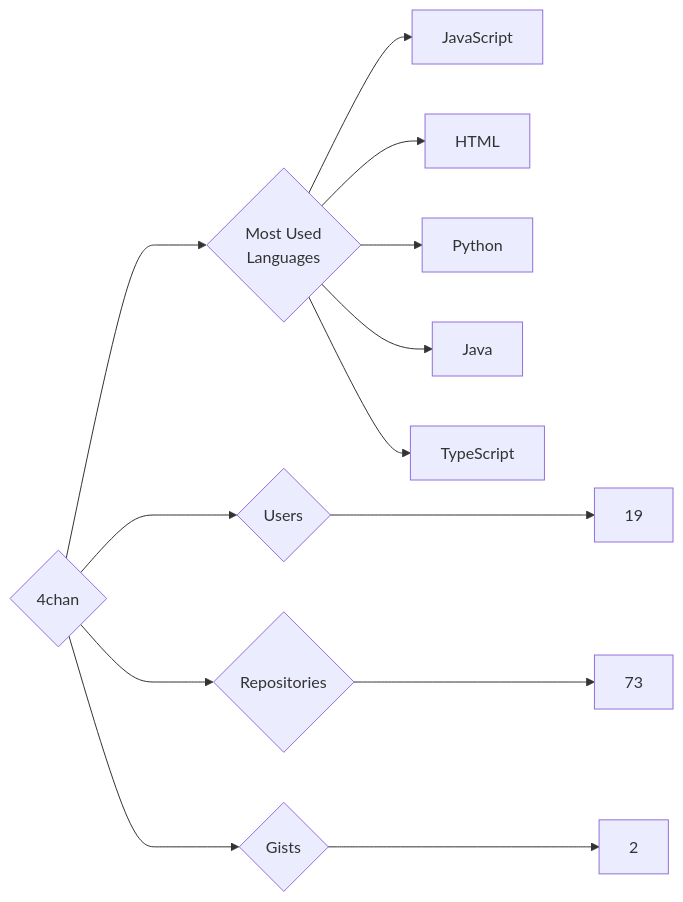
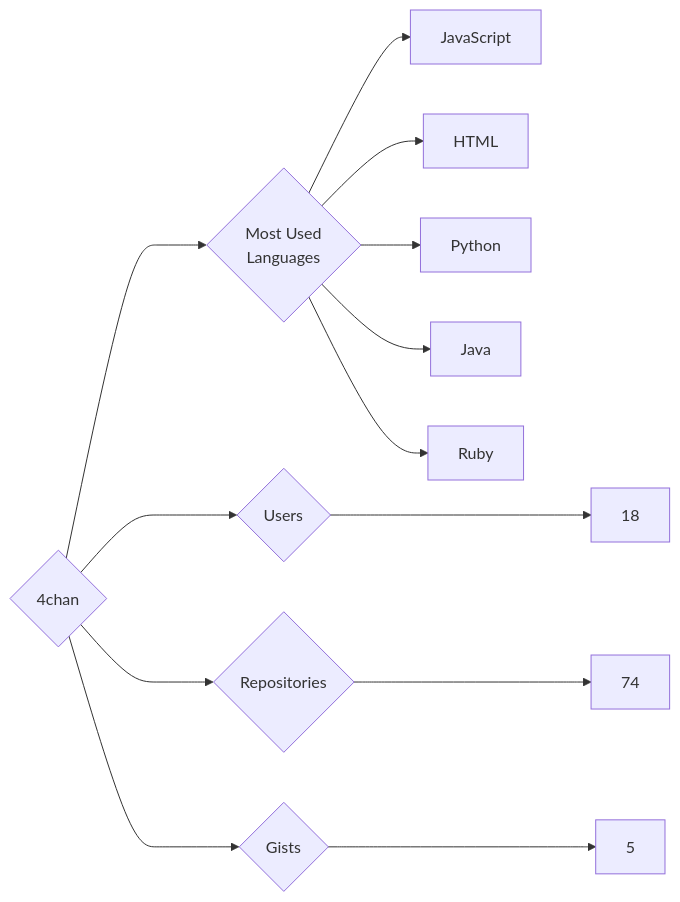
The diagram in targets/4chan/README.md (trickest/insiders), drawn with Mermaid before and after one commit. The commit also changed 553 other files, not shown here.

````diff
--- a/targets/4chan/README.md
+++ b/targets/4chan/README.md
@@ -3,13 +3,13 @@
 ```mermaid
 graph LR
 COMPANY_NAME{4chan}
-COMPANY_NAME ---> U{Users} ---> UN[19]
-COMPANY_NAME ---> R{Repositories} ---> RN[73]
-COMPANY_NAME ---> G{Gists} ---> GN[2]
+COMPANY_NAME ---> U{Users} ---> UN[18]
+COMPANY_NAME ---> R{Repositories} ---> RN[74]
+COMPANY_NAME ---> G{Gists} ---> GN[5]
 COMPANY_NAME ---> ML{Most Used<br>Languages}
 ML --> JavaScript[JavaScript]
 ML --> HTML[HTML]
 ML --> Python[Python]
 ML --> Java[Java]
-ML --> TypeScript[TypeScript]
+ML --> Ruby[Ruby]
 ```
````
